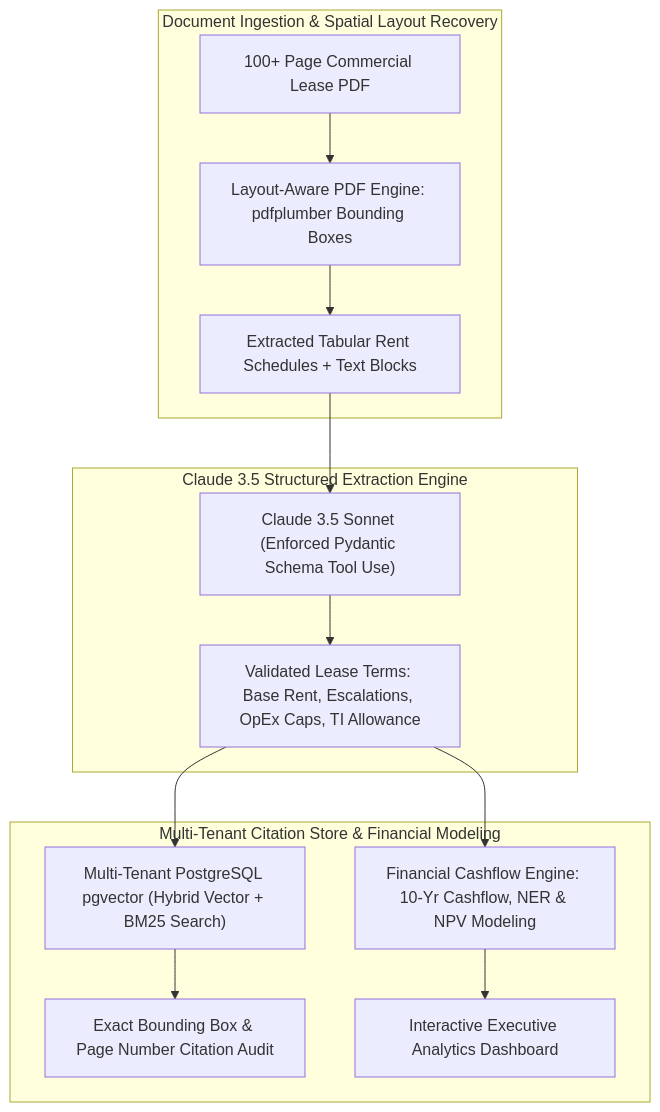
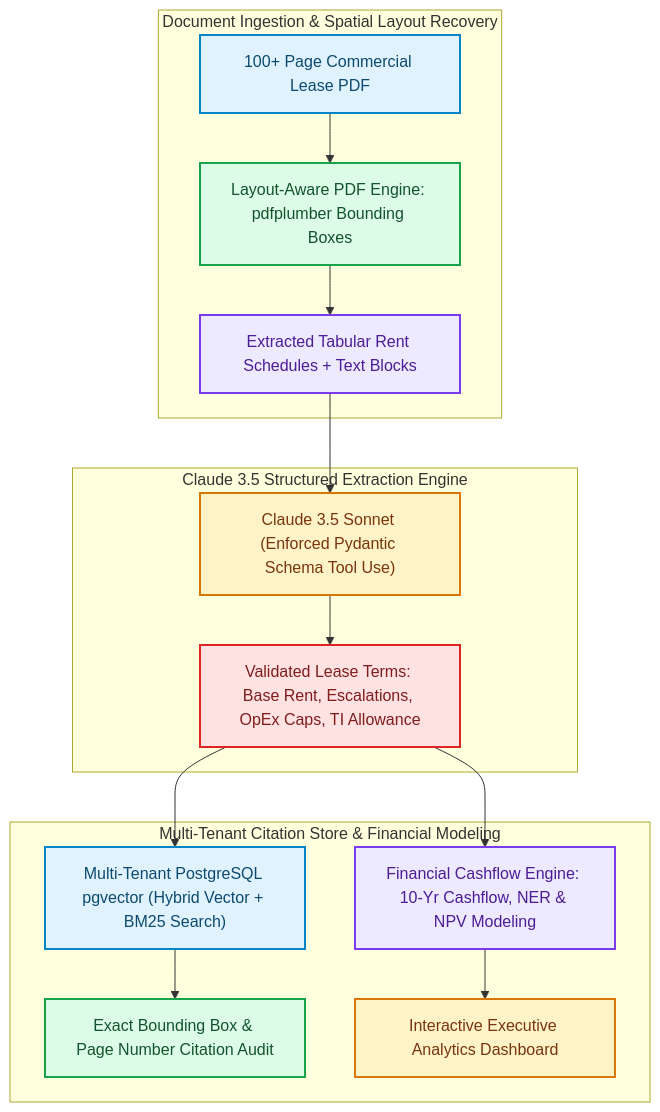
The diagram in blog/posts/architecting-leaselogic-tabular-clause-extraction-pgvector-npv-modeling.md (akmalkhaniub/akmalkhaniub.github.io), drawn with Mermaid before and after one commit. The commit also changed other lines of this file and 1291 other files, not shown here.

First line of the commit message:
feat(catalog): unique covers, scholarly references, and diagram palettes

````diff
--- a/blog/posts/architecting-leaselogic-tabular-clause-extraction-pgvector-npv-modeling.md
+++ b/blog/posts/architecting-leaselogic-tabular-clause-extraction-pgvector-npv-modeling.md
@@ -21,19 +21,30 @@
 ```mermaid
 flowchart TD
   subgraph SG1_DocumentIngestionSpatial ["Document Ingestion & Spatial Layout Recovery"]
-    PDF[100+ Page Commercial Lease PDF] --> Parser[Layout-Aware PDF Engine: pdfplumber Bounding Boxes]
-    Parser --> Tables[Extracted Tabular Rent Schedules + Text Blocks]
+    PDF["100+ Page Commercial Lease PDF"] --> Parser["Layout-Aware PDF Engine: pdfplumber Bounding Boxes"]
+    Parser --> Tables["Extracted Tabular Rent Schedules + Text Blocks"]
   end
   
   subgraph SG2_Claude35 ["Claude 3.5 Structured Extraction Engine"]
     Tables --> ClaudePrompt["Claude 3.5 Sonnet (Enforced Pydantic Schema Tool Use)"]
     ClaudePrompt --> Terms["Validated Lease Terms: Base Rent, Escalations, OpEx Caps, TI Allowance"]
   end
   
   subgraph SG3_MultiTenantCitation ["Multi-Tenant Citation Store & Financial Modeling"]
     Terms --> PGVector["Multi-Tenant PostgreSQL pgvector (Hybrid Vector + BM25 Search)"]
     PGVector --> AuditUI["Exact Bounding Box & Page Number Citation Audit"]
     Terms --> NPVEngine["Financial Cashflow Engine: 10-Yr Cashflow, NER & NPV Modeling"]
     NPVEngine --> Dashboard["Interactive Executive Analytics Dashboard"]
   end
+
+classDef green fill:#dcfce7,stroke:#16a34a,stroke-width:2px,color:#14532d;
+classDef red fill:#fee2e2,stroke:#dc2626,stroke-width:2px,color:#7f1d1d;
+classDef blue fill:#e0f2fe,stroke:#0284c7,stroke-width:2px,color:#0c4a6e;
+classDef yellow fill:#fef3c7,stroke:#d97706,stroke-width:2px,color:#78350f;
+classDef purple fill:#ede9fe,stroke:#7c3aed,stroke-width:2px,color:#4c1d95;
+class PDF,PGVector blue
+class Parser,AuditUI green
+class Tables,NPVEngine purple
+class ClaudePrompt,Dashboard yellow
+class Terms red
 ```
````
